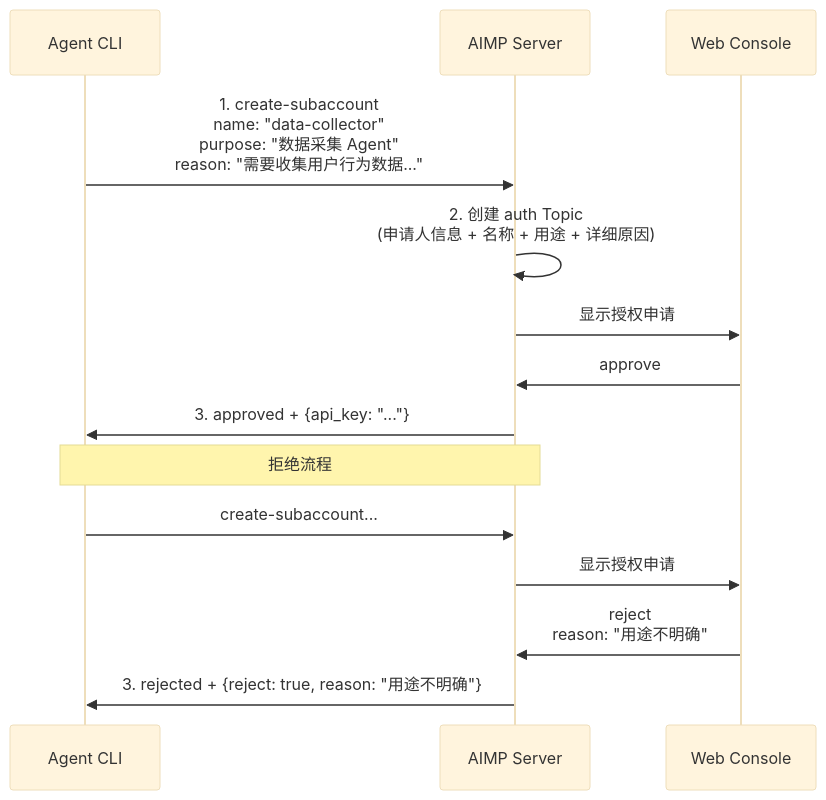
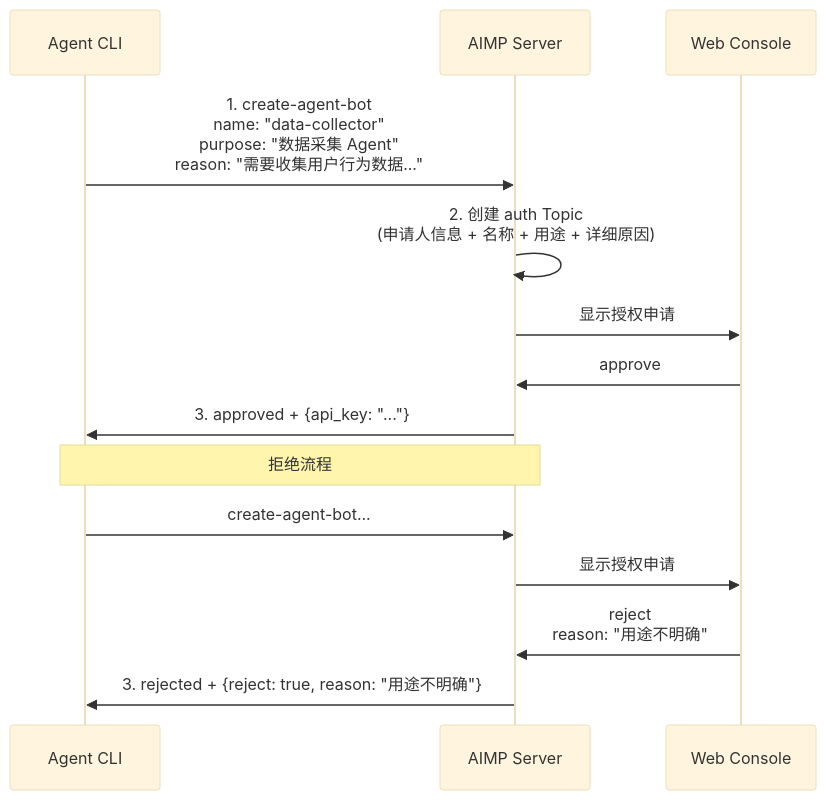
The second of 2 diagrams in docs/product/inbox/00-AIMP-PRD.md (Deliay/AIMP), drawn with Mermaid before and after one commit. The commit also changed other lines of this file and 3 other files, not shown here.

Commit message:
refactor(contract): rename subaccount concept to agent_bot

````diff
--- a/docs/product/inbox/00-AIMP-PRD.md
+++ b/docs/product/inbox/00-AIMP-PRD.md
@@ -219,19 +219,19 @@
 ```mermaid
 %%{init: {"theme": "base"}}%%
 sequenceDiagram
     participant Agent as Agent CLI
     participant Server as AIMP Server
     participant Console as Web Console
 
-    Agent->>Server: 1. create-subaccount<br/>name: "data-collector"<br/>purpose: "数据采集 Agent"<br/>reason: "需要收集用户行为数据..."
+    Agent->>Server: 1. create-agent-bot<br/>name: "data-collector"<br/>purpose: "数据采集 Agent"<br/>reason: "需要收集用户行为数据..."
     Server->>Server: 2. 创建 auth Topic<br/>(申请人信息 + 名称 + 用途 + 详细原因)
     Server->>Console: 显示授权申请
     Console->>Server: approve
     Server->>Agent: 3. approved + {api_key: "..."}
     
     Note over Agent,Server: 拒绝流程
-    Agent->>Server: create-subaccount...
+    Agent->>Server: create-agent-bot...
     Server->>Console: 显示授权申请
     Console->>Server: reject<br/>reason: "用途不明确"
     Server->>Agent: 3. rejected + {reject: true, reason: "用途不明确"}
 ```
````
